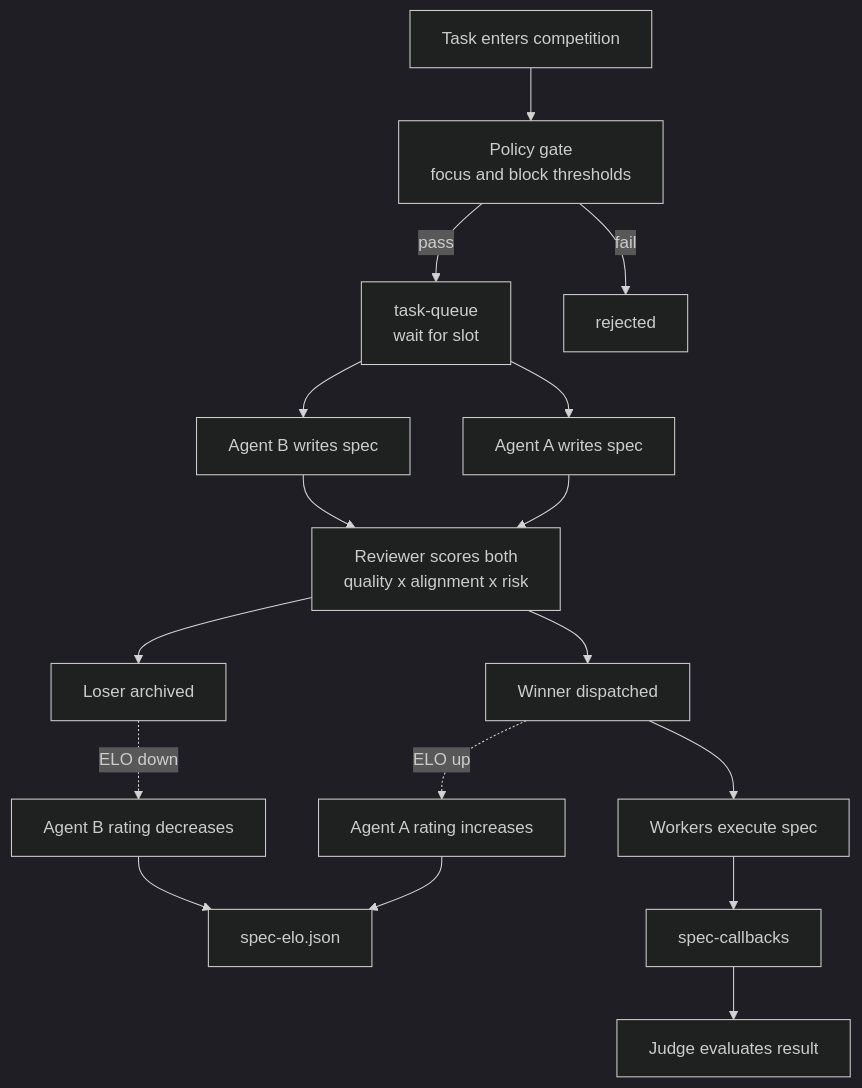
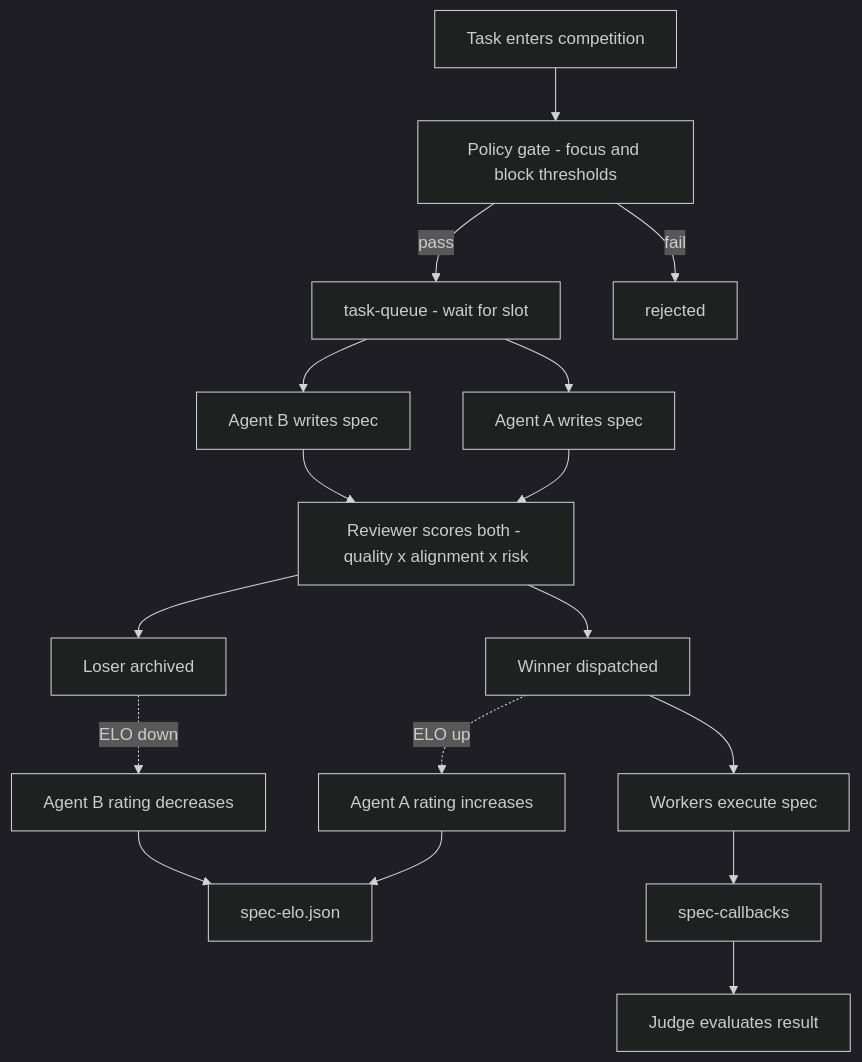
Before and after one commit to mmartoccia/ghost-orchestration-pattern: the diagram in reference/SPEC_COMPETITION.md, drawn with Mermaid (dark theme). The commit also changed 5 other files, not shown here.

Commit message:
Fix Mermaid: replace backslash-n and <--> with GitHub-safe syntax

````diff
--- a/reference/SPEC_COMPETITION.md
+++ b/reference/SPEC_COMPETITION.md
@@ -3,19 +3,19 @@
 ```mermaid
 flowchart TD
-    T["Task enters competition"] --> P["Policy gate\nfocus and block thresholds"]
-    P -->|"pass"| Q["task-queue\nwait for slot"]
+    T["Task enters competition"] --> P["Policy gate - focus and block thresholds"]
+    P -->|"pass"| Q["task-queue - wait for slot"]
     P -->|"fail"| RJ["rejected"]
     Q --> A["Agent A writes spec"]
     Q --> B["Agent B writes spec"]
-    A --> V["Reviewer scores both\nquality x alignment x risk"]
+    A --> V["Reviewer scores both - quality x alignment x risk"]
     B --> V
     V --> W["Winner dispatched"]
     V --> L["Loser archived"]
     W -.->|"ELO up"| E1["Agent A rating increases"]
     L -.->|"ELO down"| E2["Agent B rating decreases"]
     E1 --> EL["spec-elo.json"]
     E2 --> EL
     W --> WK["Workers execute spec"]
     WK --> CB["spec-callbacks"]
     CB --> J["Judge evaluates result"]
 ```
````
